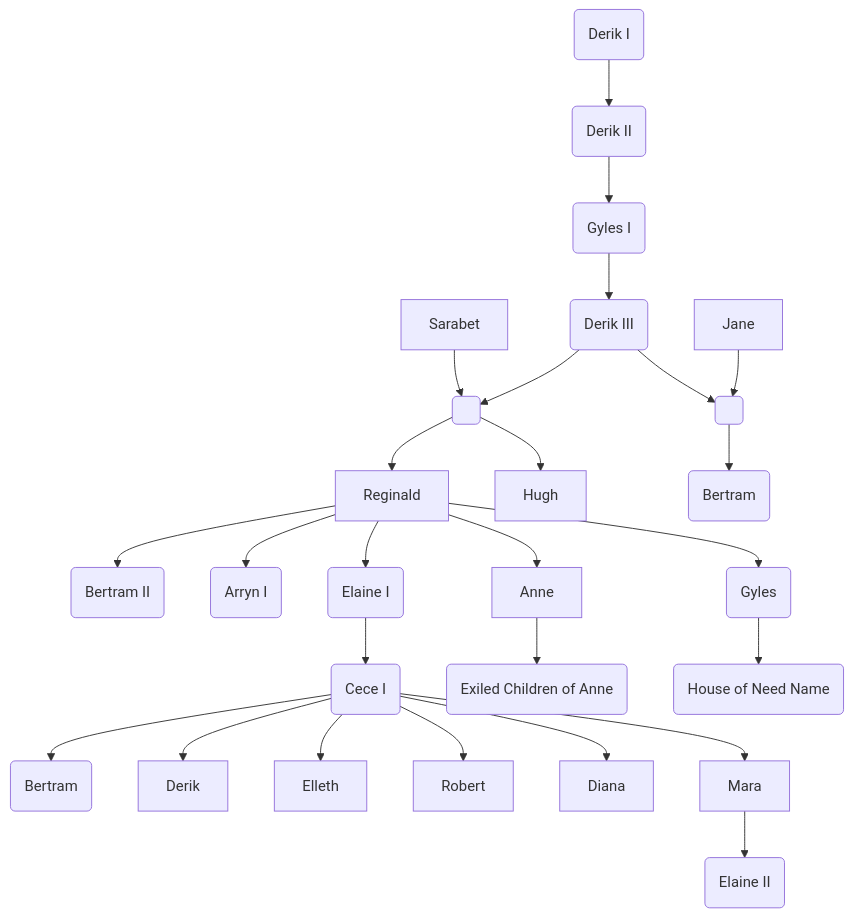
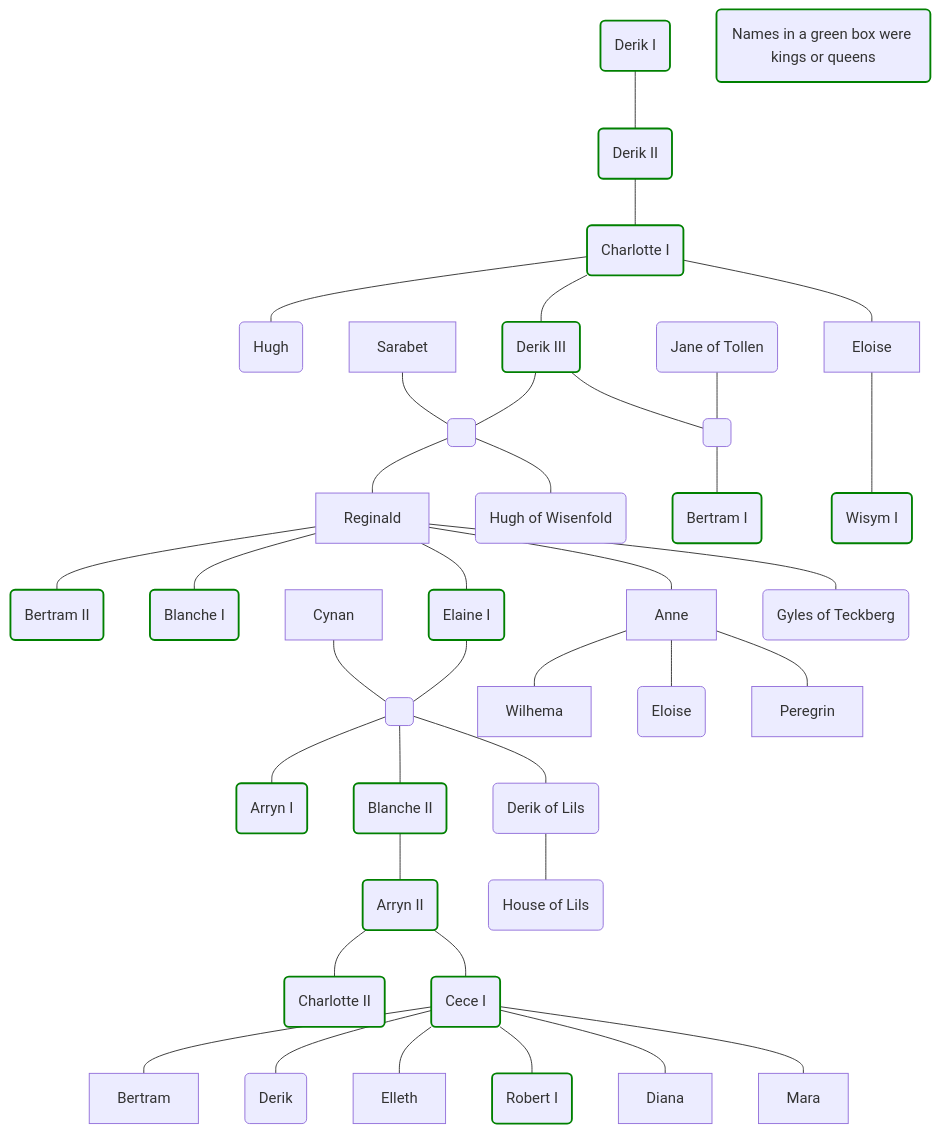
Before and after one commit to tsackton/taelgar: the diagram in People/Historical Figures/Sembaran Royalty/House of Sewick.md, drawn with Mermaid. The commit also changed other lines of this file and 29 other files, not shown here.

````diff
--- a/People/Historical Figures/Sembaran Royalty/House of Sewick.md
+++ b/People/Historical Figures/Sembaran Royalty/House of Sewick.md
@@ -8,27 +9,62 @@
 ```mermaid 
+
 graph TD
 
-D1(Derik I) --> D2(Derik II) --> G1(Gyles I) --> D3(Derik III)
-Sarabet --> D3Kids( )
-D3 --> D3Kids( )
-D3Kids --> Reginald
-D3Kids --> Hugh
-D3 --> D3Kids2( )
-Jane --> D3Kids2( )
-D3Kids2 --> Bert1(Bertram)
-Reginald  --> B2(Bertram II)
-Reginald  --> AI(Arryn I)
-Reginald  --> E1(Elaine I)
-Reginald  --> Anne
-Reginald  --> GylesCadet(Gyles)
-E1 --> C1(Cece I)
-Anne --> AnneChildren(Exiled Children of Anne)
-C1 --> Bert2(Bertram)
-C1 --> Derik
-C1 --> Elleth
-C1 --> Robert
-C1 --> Diana
-C1 --> Mara
-Mara --> E2(Elaine II)
-GylesCadet --> HOfNeedName(House of Need Name)
+DerikI(Derik I) --- DerikII(Derik II)
+DerikII --- CharlotteI(Charlotte I)
+CharlotteI --- Hugh1(Hugh)
+CharlotteI --- DerikIII(Derik III)
+Sarabet --- DerikIIIKidsSara( )
+DerikIII --- DerikIIIKidsSara( )
+DerikIII --- DerikIIIKidsSJane( )
+Jane(Jane of Tollen) --- DerikIIIKidsSJane( )
+CharlotteI --- Eloise
+DerikIIIKidsSara --- Reginald
+DerikIIIKidsSara --- Hugh2(Hugh of Wisenfold)
+DerikIIIKidsSJane --- BertramI(Bertram I)
+Eloise ---- WisymI(Wisym I)
+Reginald --- BertramII(Bertram II)
+Reginald --- BlancheI(Blanche I)
+Reginald --- ElaineI(Elaine I)
+Cynan --- ElaineIKids( )
+ElaineI --- ElaineIKids
+Reginald --- Anne
+Anne --- Wilhema
+Anne --- Eloise2(Eloise)
+Anne --- Peregrin
+Reginald --- Gyles(Gyles of Teckberg)
+ElaineIKids --- ArrynI(Arryn I)
+ElaineIKids --- BlancheII(Blanche II)
+ElaineIKids --- DerikElaineKid(Derik of Lils)
+BlancheII --- ArrynII(Arryn II)
+ArrynII --- CharlotteII(Charlotte II)
+ArrynII --- CeceI(Cece I)
+CeceI --- Bertram
+CeceI --- DerikCeceKid(Derik)
+CeceI --- Elleth
+CeceI --- RobertI(Robert I)
+CeceI --- Diana
+CeceI --- Mara
+DerikElaineKid --- HouseOfLils(House of Lils)
+
+
+KingOrQueen(Names in a green box were kings or queens)
+
+classDef ruler stroke:green,stroke-width:2px
+classDef noKids stroke:red,stroke-width:2px
+
+class DerikI,DerikII,CharlotteI,DerikIII,BertramI,BertramII,ArrynI,ElaineI,WisymI ruler;
+class BlancheI,DerikI,DerikII,CharlotteI,DerikIII,Jane,BertramI,BertramII,ArrynI,ElaineI internal-link;
+
+class Gyles,Hugh2,WisymI internal-link;
+
+class BlancheI,DerikIV,BlancheII,ArrynII,CharlotteII,CeceI,RobertI ruler;
+
+class DerikIV,BlancheII,ArrynII,CharlotteII,CeceI,RobertI internal-link;
+class Annabeth,Morgaine,HouseOfLils,Cynan,DerikElaineKid internal-link;
+
+class Sarabet,Reginald,Eloise,Anne internal-link;
+
+class KingOrQueen ruler;
+
 ```
````
